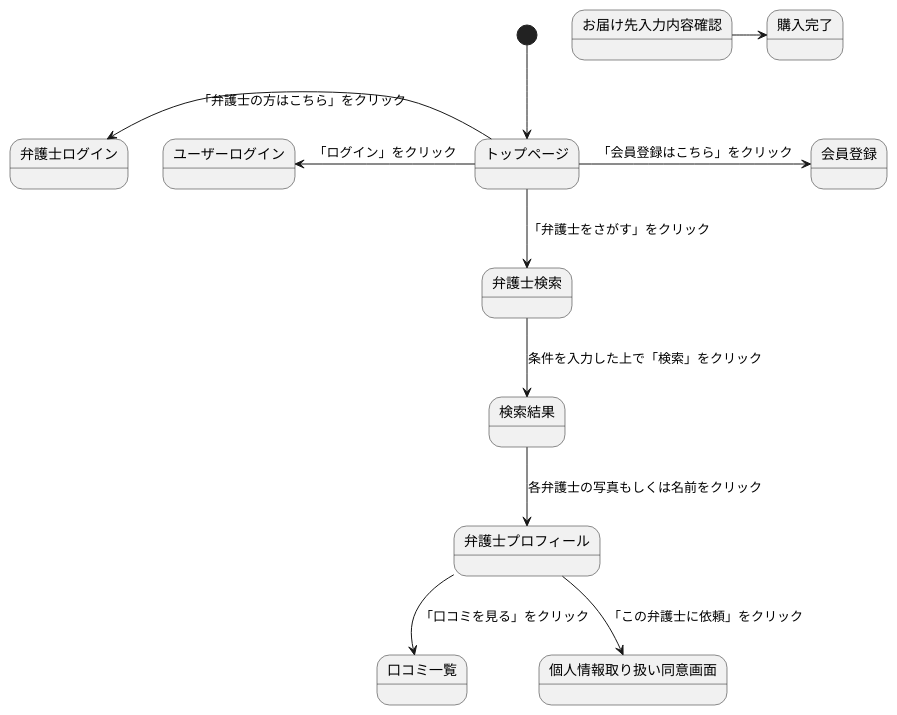
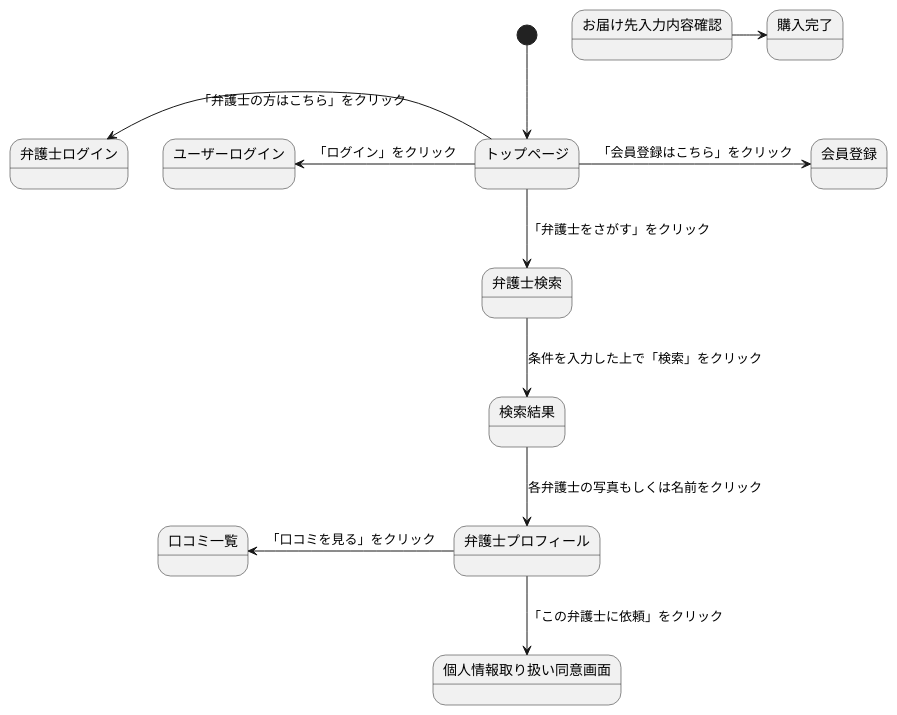
One commit to Aso2001374/2021sys-design changed the diagram in 0524kadai.md. Above: the diagram before and after it, drawn with PlantUML.

````diff
--- a/0524kadai.md
+++ b/0524kadai.md
@@ -1,14 +1,14 @@
 ```uml
 @startuml
 [*] --> トップページ
 トップページ -> 会員登録:「会員登録はこちら」をクリック
 トップページ -left-> ユーザーログイン:「ログイン」をクリック
 トップページ -left-> 弁護士ログイン:「弁護士の方はこちら」をクリック
 トップページ --> 弁護士検索:「弁護士をさがす」をクリック
 弁護士検索 --> 検索結果: 条件を入力した上で「検索」をクリック
 検索結果 --> 弁護士プロフィール: 各弁護士の写真もしくは名前をクリック
-弁護士プロフィール --> 口コミ一覧:「口コミを見る」をクリック
+弁護士プロフィール -left-> 口コミ一覧:「口コミを見る」をクリック
 弁護士プロフィール --> 個人情報取り扱い同意画面:「この弁護士に依頼」をクリック
 お届け先入力内容確認 -> 購入完了
 @enduml
 ```
````
